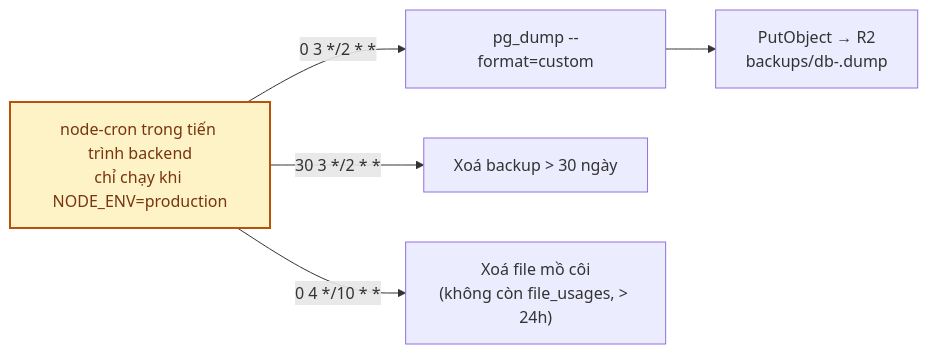
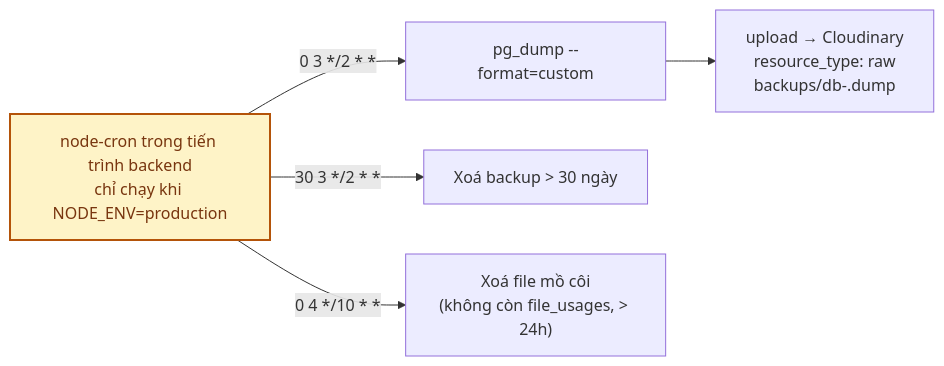
Before and after one commit to Hungvu0712/FLOWER: the fourth of 4 diagrams in docs/10-trien-khai-van-hanh.md, drawn with Mermaid. The commit also changed other lines of this file and 40 other files, not shown here.

First line of the commit message:
Migrate file storage and DB backups from Cloudflare R2 to Cloudinary

````diff
--- a/docs/10-trien-khai-van-hanh.md
+++ b/docs/10-trien-khai-van-hanh.md
@@ -416,9 +416,9 @@
 ```mermaid
 flowchart LR
     CRON["node-cron trong tiến trình backend<br/>chỉ chạy khi NODE_ENV=production"] -->|"0 3 */2 * *"| DUMP["pg_dump --format=custom"]
-    DUMP --> UP["PutObject → R2<br/>backups/db-<timestamp>.dump"]
+    DUMP --> UP["upload → Cloudinary<br/>resource_type: raw<br/>backups/db-<timestamp>.dump"]
     CRON -->|"30 3 */2 * *"| CLEAN["Xoá backup > 30 ngày"]
     CRON -->|"0 4 */10 * *"| ORPHAN["Xoá file mồ côi<br/>(không còn file_usages, > 24h)"]
 
     style CRON fill:#fef3c7,stroke:#b45309,stroke-width:2px,color:#78350f
 ```
````
